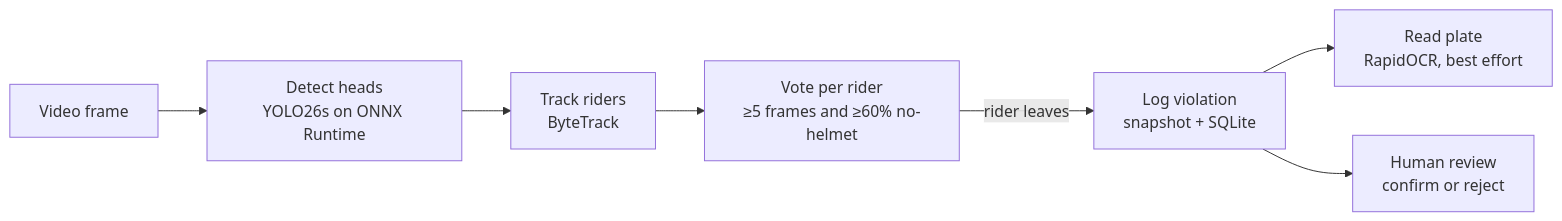
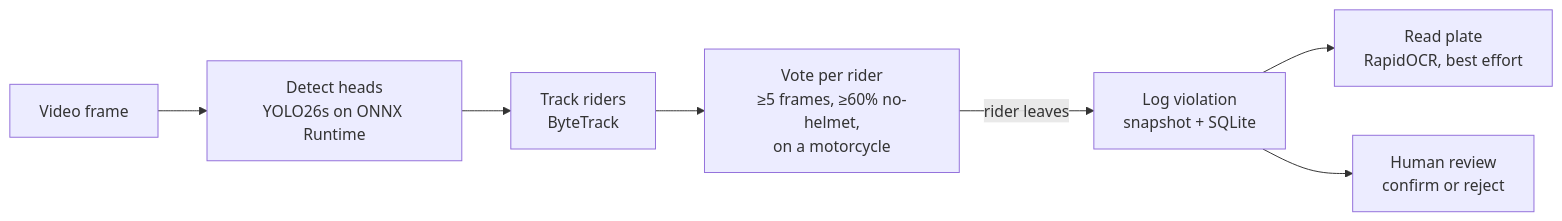
The first of 2 diagrams in README.md (Md-Faiz-Alam/helmet-violation-detection), drawn with Mermaid before and after one commit. The commit also changed other lines of this file and 12 other files, not shown here.

````diff
--- a/README.md
+++ b/README.md
@@ -56,9 +56,9 @@
 ```mermaid
 flowchart LR
     A[Video frame] --> B[Detect heads<br/>YOLO26s on ONNX Runtime]
     B --> C[Track riders<br/>ByteTrack]
-    C --> D[Vote per rider<br/>≥5 frames and ≥60% no-helmet]
+    C --> D[Vote per rider<br/>≥5 frames, ≥60% no-helmet,<br/>on a motorcycle]
     D -->|rider leaves| E[Log violation<br/>snapshot + SQLite]
     E --> F[Read plate<br/>RapidOCR, best effort]
     E --> G[Human review<br/>confirm or reject]
 ```
````
